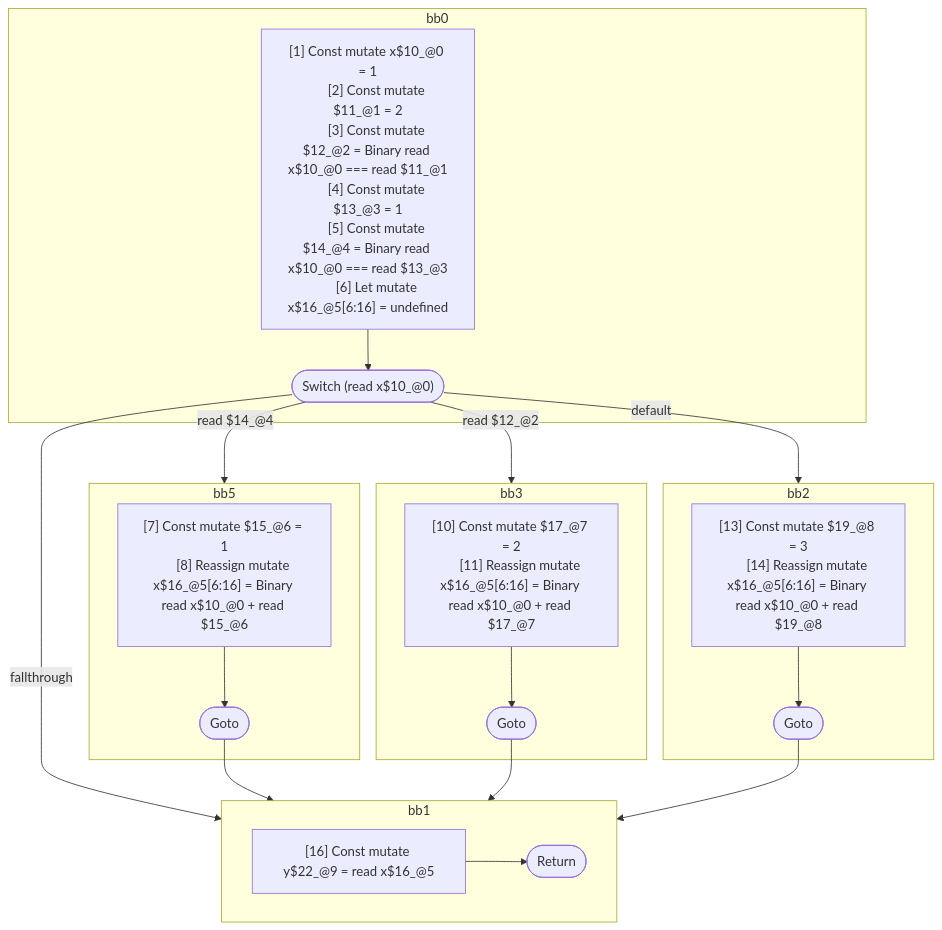
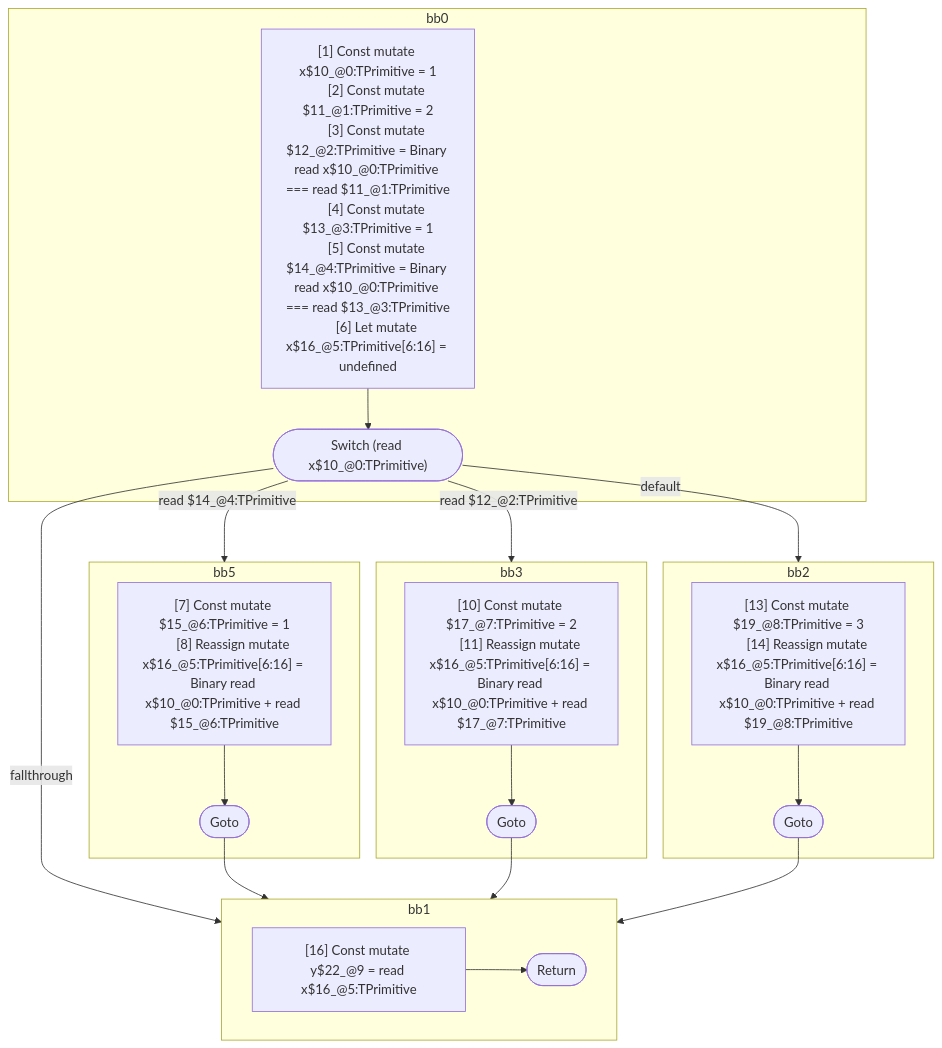
Before and after one commit to wutsmog/private: the diagram in compiler/forget/src/__tests__/fixtures/hir/ssa-switch.expect.md, drawn with Mermaid. The commit also changed other lines of this file and 112 other files, not shown here.

````diff
--- a/compiler/forget/src/__tests__/fixtures/hir/ssa-switch.expect.md
+++ b/compiler/forget/src/__tests__/fixtures/hir/ssa-switch.expect.md
@@ -116,52 +116,52 @@
 ```mermaid
 flowchart TB
   %% Basic Blocks
   subgraph bb0
     bb0_instrs["
-      [1] Const mutate x$10_@0 = 1
-      [2] Const mutate $11_@1 = 2
-      [3] Const mutate $12_@2 = Binary read x$10_@0 === read $11_@1
-      [4] Const mutate $13_@3 = 1
-      [5] Const mutate $14_@4 = Binary read x$10_@0 === read $13_@3
-      [6] Let mutate x$16_@5[6:16] = undefined
+      [1] Const mutate x$10_@0:TPrimitive = 1
+      [2] Const mutate $11_@1:TPrimitive = 2
+      [3] Const mutate $12_@2:TPrimitive = Binary read x$10_@0:TPrimitive === read $11_@1:TPrimitive
+      [4] Const mutate $13_@3:TPrimitive = 1
+      [5] Const mutate $14_@4:TPrimitive = Binary read x$10_@0:TPrimitive === read $13_@3:TPrimitive
+      [6] Let mutate x$16_@5:TPrimitive[6:16] = undefined
     "]
-    bb0_instrs --> bb0_terminal(["Switch (read x$10_@0)"])
+    bb0_instrs --> bb0_terminal(["Switch (read x$10_@0:TPrimitive)"])
   end
   subgraph bb5
     bb5_instrs["
-      [7] Const mutate $15_@6 = 1
-      [8] Reassign mutate x$16_@5[6:16] = Binary read x$10_@0 + read $15_@6
+      [7] Const mutate $15_@6:TPrimitive = 1
+      [8] Reassign mutate x$16_@5:TPrimitive[6:16] = Binary read x$10_@0:TPrimitive + read $15_@6:TPrimitive
     "]
     bb5_instrs --> bb5_terminal(["Goto"])
   end
   subgraph bb3
     bb3_instrs["
-      [10] Const mutate $17_@7 = 2
-      [11] Reassign mutate x$16_@5[6:16] = Binary read x$10_@0 + read $17_@7
+      [10] Const mutate $17_@7:TPrimitive = 2
+      [11] Reassign mutate x$16_@5:TPrimitive[6:16] = Binary read x$10_@0:TPrimitive + read $17_@7:TPrimitive
     "]
     bb3_instrs --> bb3_terminal(["Goto"])
   end
   subgraph bb2
     bb2_instrs["
-      [13] Const mutate $19_@8 = 3
-      [14] Reassign mutate x$16_@5[6:16] = Binary read x$10_@0 + read $19_@8
+      [13] Const mutate $19_@8:TPrimitive = 3
+      [14] Reassign mutate x$16_@5:TPrimitive[6:16] = Binary read x$10_@0:TPrimitive + read $19_@8:TPrimitive
     "]
     bb2_instrs --> bb2_terminal(["Goto"])
   end
   subgraph bb1
     bb1_instrs["
-      [16] Const mutate y$22_@9 = read x$16_@5
+      [16] Const mutate y$22_@9 = read x$16_@5:TPrimitive
     "]
     bb1_instrs --> bb1_terminal(["Return"])
   end
 
   %% Jumps
-  bb0_terminal -- "read $14_@4" --> bb5
-  bb0_terminal -- "read $12_@2" --> bb3
+  bb0_terminal -- "read $14_@4:TPrimitive" --> bb5
+  bb0_terminal -- "read $12_@2:TPrimitive" --> bb3
   bb0_terminal -- "default" --> bb2
   bb0_terminal -- "fallthrough" --> bb1
   bb5_terminal --> bb1
   bb3_terminal --> bb1
   bb2_terminal --> bb1
 
 ```
````
